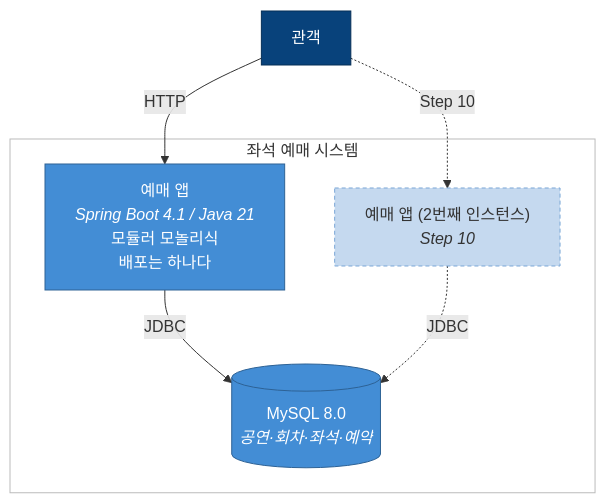
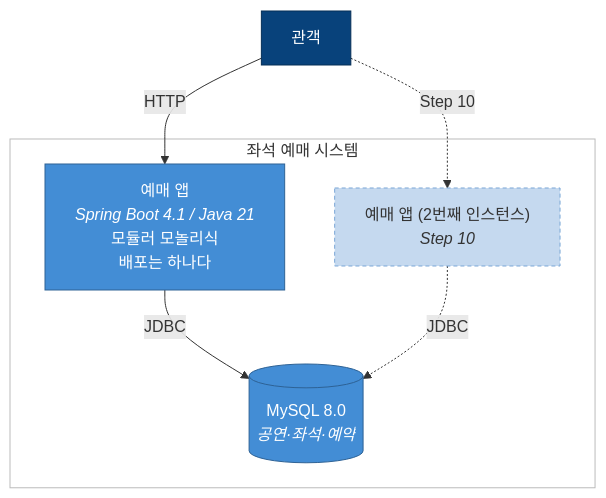
The second of 3 diagrams in ai_docs/ARCHITECTURE.md (xoruddl/ticketing), drawn with Mermaid before and after one commit. The commit also changed other lines of this file and 1 other file, not shown here.

Commit message:
docs: CLEAN_CODE·ARCHITECTURE 문서에서 회차를 뺀다

````diff
--- a/ai_docs/ARCHITECTURE.md
+++ b/ai_docs/ARCHITECTURE.md
@@ -49,26 +49,26 @@
 ```mermaid
 flowchart TB
     관객["관객"]
 
     subgraph 예매시스템["좌석 예매 시스템"]
         앱["예매 앱<br/><i>Spring Boot 4.1 / Java 21</i><br/>모듈러 모놀리식<br/>배포는 하나다"]
         앱2["예매 앱 (2번째 인스턴스)<br/><i>Step 10</i>"]
-        DB[("MySQL 8.0<br/><i>공연·회차·좌석·예약</i>")]
+        DB[("MySQL 8.0<br/><i>공연·좌석·예약</i>")]
     end
 
     관객 -->|"HTTP"| 앱
     관객 -.->|"Step 10"| 앱2
     앱 -->|"JDBC"| DB
     앱2 -.->|"JDBC"| DB
 
     classDef person fill:#08427b,stroke:#052e56,color:#fff
     classDef container fill:#438dd5,stroke:#2e6295,color:#fff
     classDef planned fill:#c5d9ef,stroke:#7aa6d6,color:#333,stroke-dasharray:4 3
     classDef db fill:#438dd5,stroke:#2e6295,color:#fff
     class 관객 person
     class 앱 container
     class DB db
     class 앱2 planned
     %% subgraph는 기본 배경색이 있어, 안쪽 상자의 색 구분을 흐리지 않게 비운다
     style 예매시스템 fill:#fff,stroke:#bbb,color:#333
 ```
````
